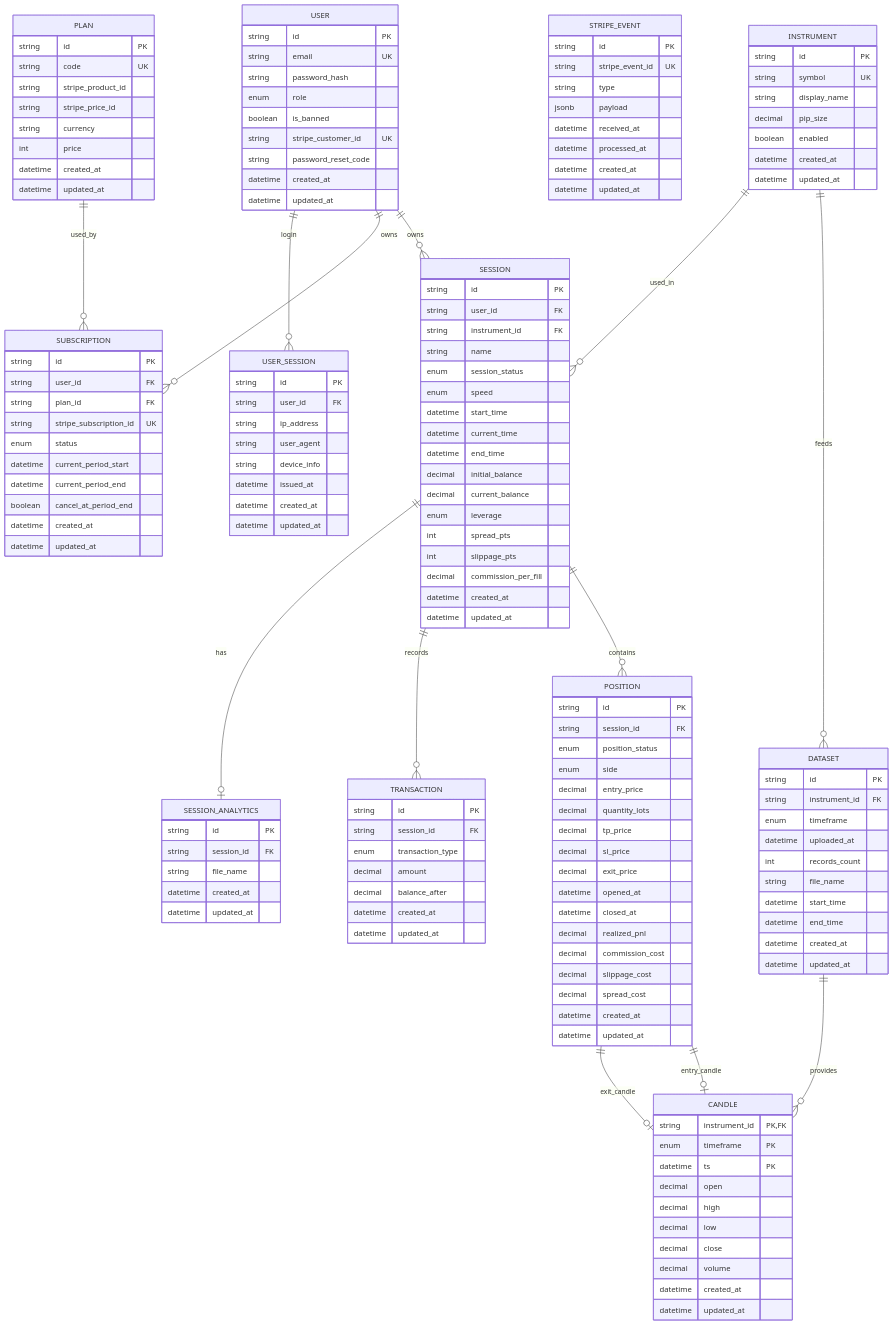
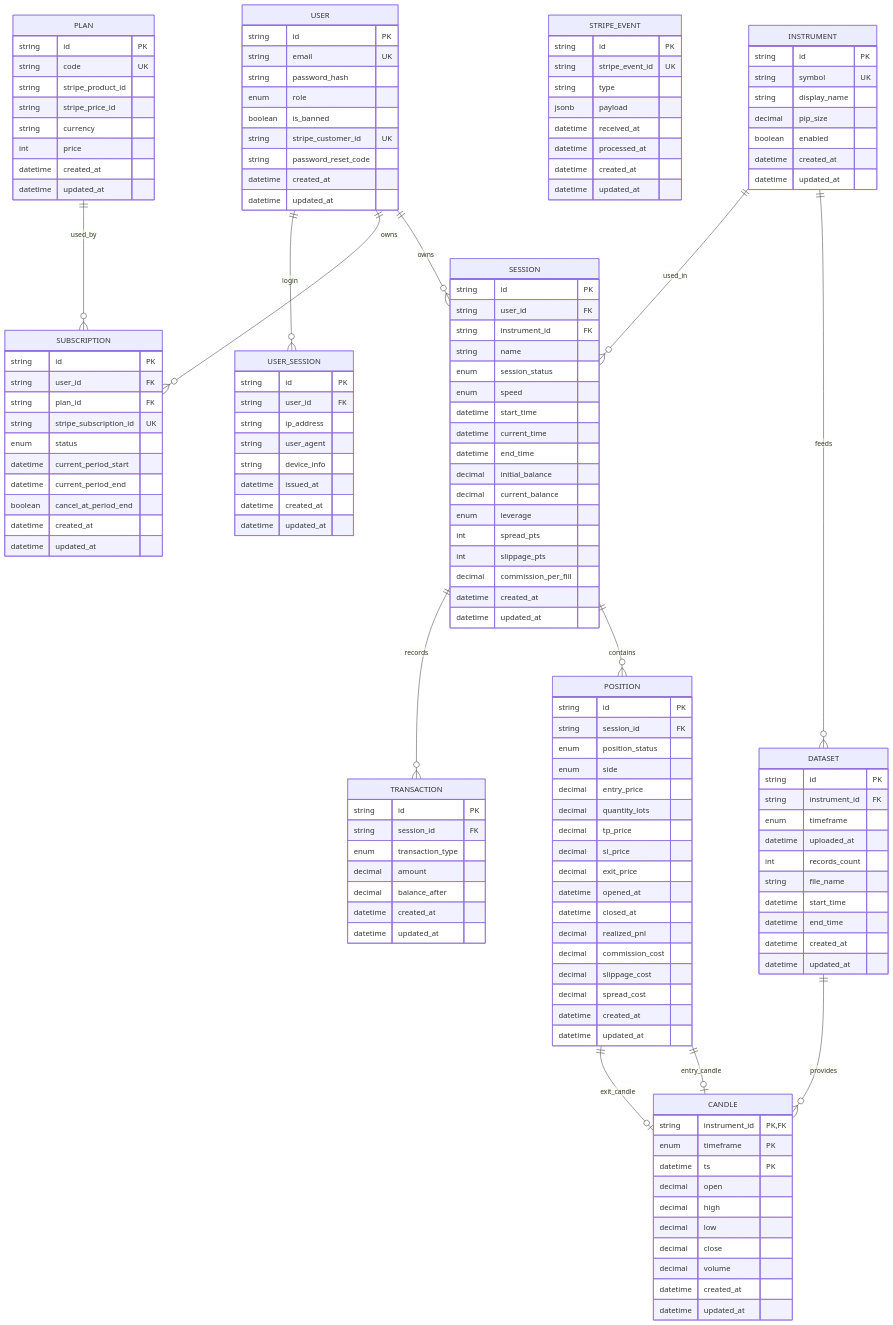
Before and after one commit to DamienReichhart/BackTrade: the diagram in documentation/db/er-diagram.mmd, drawn with Mermaid. The commit also changed 68 other files, not shown here.

```diff
--- a/documentation/db/er-diagram.mmd
+++ b/documentation/db/er-diagram.mmd
@@ -1,179 +1,170 @@
 erDiagram
     %% =========================
     %% ENUMS (defined in code)
     %% =========================
     %% role: ANONYMOUS | ADMIN
     %% session_status: RUNNING | PAUSED | ARCHIVED
     %% position_status: OPEN | CLOSED | LIQUIDATED
     %% timeframe: M1 | M5 | M10 | M15 | M30 | H1 | H2 | H4 | D1 | W1
     %% side: BUY | SELL
     %% speed: 0.5x | 1x | 2x | 3x | 5x | 10x | 15x
     %% leverage: 1x | 50x | 100x | 200x | 500x | 1000x
     %% transaction_type: DEPOSIT | WITHDRAWAL | COMMISSION | PNL | SLIPPAGE | SPREAD | ADJUSTMENT
 
     USER {
       string id PK
       string email UK
       string password_hash
       enum role
       boolean is_banned
       string stripe_customer_id UK
       string password_reset_code
       datetime created_at
       datetime updated_at
     }
 
     USER_SESSION {
       string id PK
       string user_id FK
       string ip_address
       string user_agent
       string device_info
       datetime issued_at
       datetime created_at
       datetime updated_at
     }
 
     PLAN {
       string id PK
       string code UK
       string stripe_product_id
       string stripe_price_id
       string currency
       int price
       datetime created_at
       datetime updated_at
     }
 
     SUBSCRIPTION {
       string id PK
       string user_id FK
       string plan_id FK
       string stripe_subscription_id UK
       enum status
       datetime current_period_start
       datetime current_period_end
       boolean cancel_at_period_end
       datetime created_at
       datetime updated_at
     }
 
     STRIPE_EVENT {
       string id PK
       string stripe_event_id UK
       string type
       jsonb payload
       datetime received_at
       datetime processed_at
       datetime created_at
       datetime updated_at
     }
 
     INSTRUMENT {
       string id PK
       string symbol UK
       string display_name
       decimal pip_size
       boolean enabled
       datetime created_at
       datetime updated_at
     }
 
     DATASET {
       string id PK
       string instrument_id FK
       enum timeframe
       datetime uploaded_at
       int records_count
       string file_name
       datetime start_time
       datetime end_time
       datetime created_at
       datetime updated_at
     }
 
     CANDLE {
       string instrument_id PK, FK
       enum timeframe PK
       datetime ts PK
       decimal open
       decimal high
       decimal low
       decimal close
       decimal volume
       datetime created_at
       datetime updated_at
     }
 
     SESSION {
       string id PK
       string user_id FK
       string instrument_id FK
       string name
       enum session_status
       enum speed
       datetime start_time
       datetime current_time
       datetime end_time
       decimal initial_balance
       decimal current_balance
       enum leverage
       int spread_pts
       int slippage_pts
       decimal commission_per_fill
       datetime created_at
       datetime updated_at
     }
 
     POSITION {
       string id PK
       string session_id FK
       enum position_status
       enum side
       decimal entry_price
       decimal quantity_lots
       decimal tp_price
       decimal sl_price
       decimal exit_price
       datetime opened_at
       datetime closed_at
       decimal realized_pnl
       decimal commission_cost
       decimal slippage_cost
       decimal spread_cost
       datetime created_at
       datetime updated_at
     }
 
     TRANSACTION {
       string id PK
       string session_id FK
       enum transaction_type
       decimal amount
       decimal balance_after
       datetime created_at
       datetime updated_at
     }
 
-    SESSION_ANALYTICS {
-      string id PK
-      string session_id FK
-      string file_name
-      datetime created_at
-      datetime updated_at
-    }
-
 
 
     USER ||--o{ SESSION : "owns"
     USER ||--o{ SUBSCRIPTION : "owns"
     PLAN ||--o{ SUBSCRIPTION : "used_by"
     INSTRUMENT ||--o{ DATASET : "feeds"
     INSTRUMENT ||--o{ SESSION : "used_in"
     SESSION ||--o{ POSITION : "contains"
     DATASET ||--o{ CANDLE : "provides"
     SESSION ||--o{ TRANSACTION : "records"
     USER ||--o{ USER_SESSION : "login"
     POSITION ||--o| CANDLE : "entry_candle"
     POSITION ||--o| CANDLE : "exit_candle"
-    SESSION ||--o| SESSION_ANALYTICS : "has"
```
